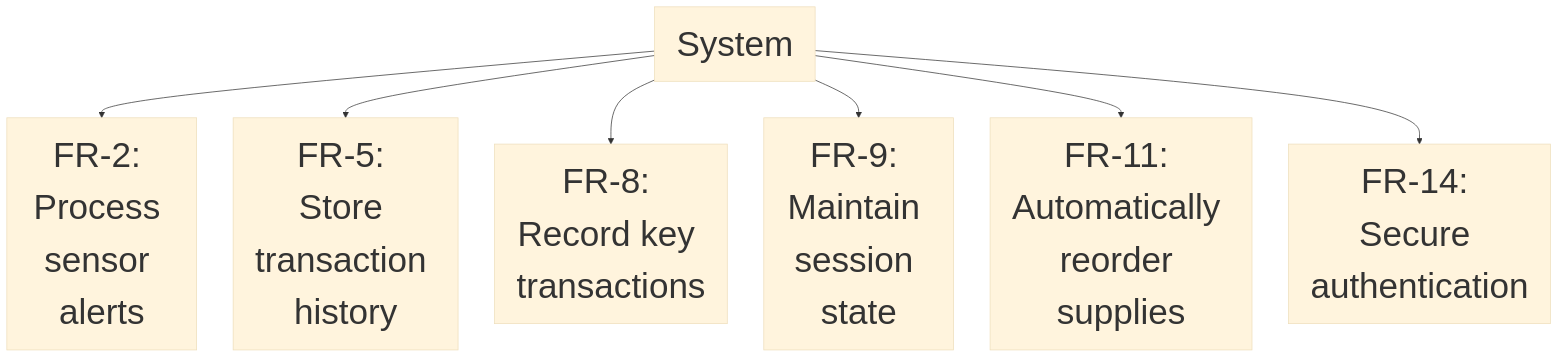
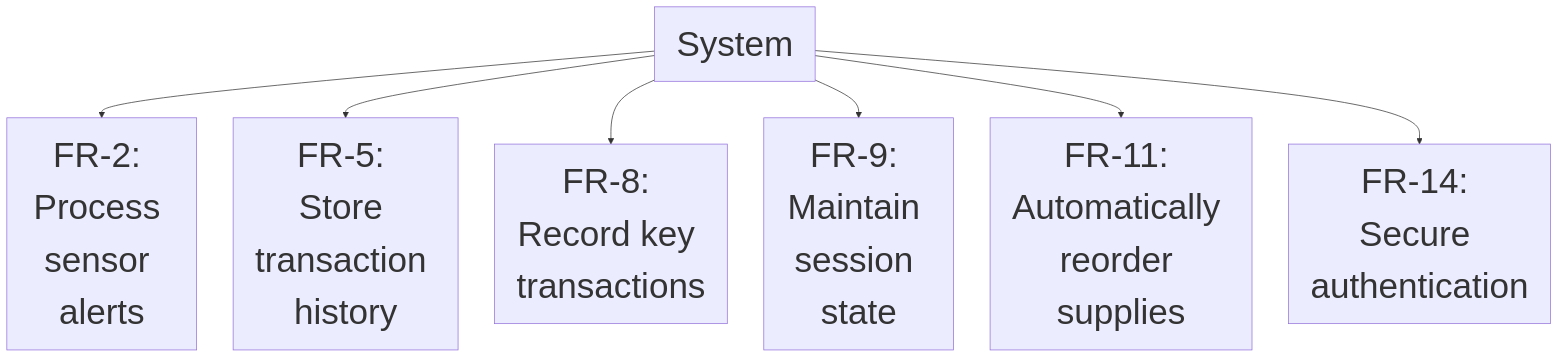
Before and after one commit to valentinezequiel/asdsad: the second of 2 diagrams in README.md, drawn with Mermaid.

````diff
--- a/README.md
+++ b/README.md
@@ -20,13 +20,13 @@
 ```mermaid
-%%{init: {'theme': 'base', 'themeVariables': { 'background': '#ffffff', 'lineColor': '#333333', 'fontSize': '48px' }}}%%
+%%{init: {'themeVariables': { 'fontSize': '48px' }}}%%
 flowchart TD
     S[System] --> FR2[FR-2: Process sensor alerts]
     S --> FR5[FR-5: Store transaction history]
     S --> FR8[FR-8: Record key transactions]
     S --> FR9[FR-9: Maintain session state]
     S --> FR11[FR-11: Automatically reorder supplies]
     S --> FR14[FR-14: Secure authentication]
     
     
 
 ```
````
